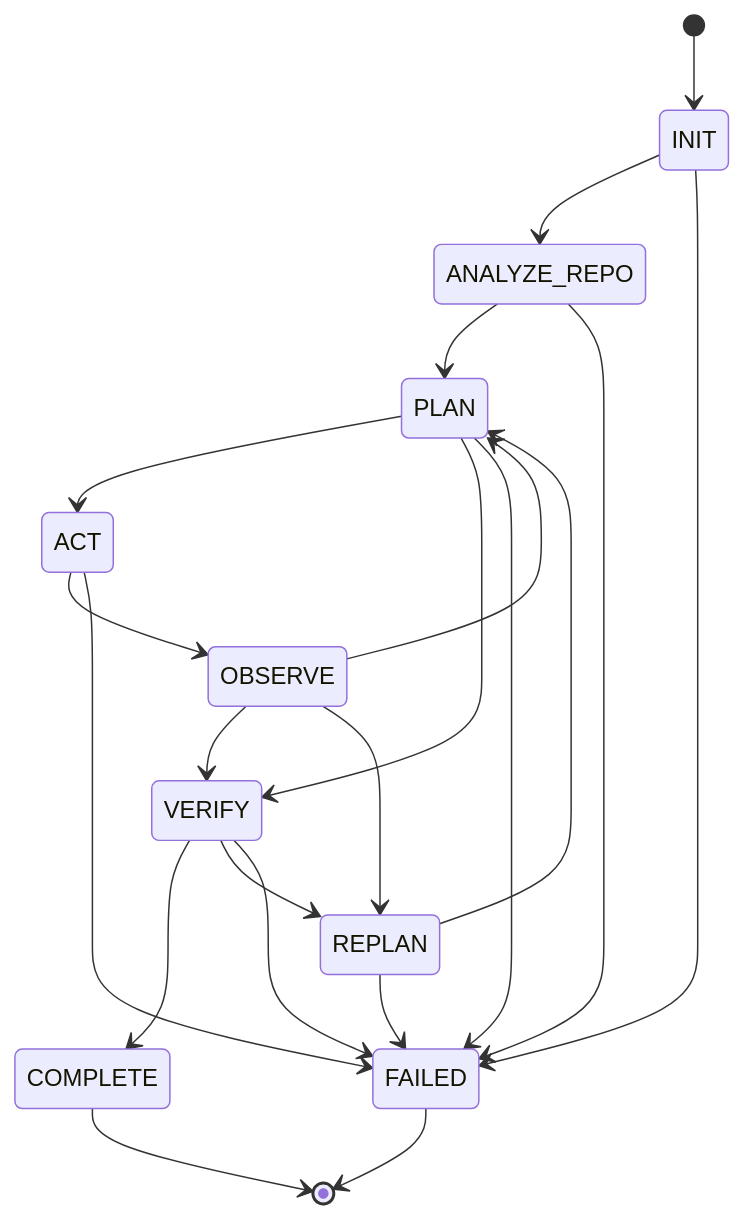
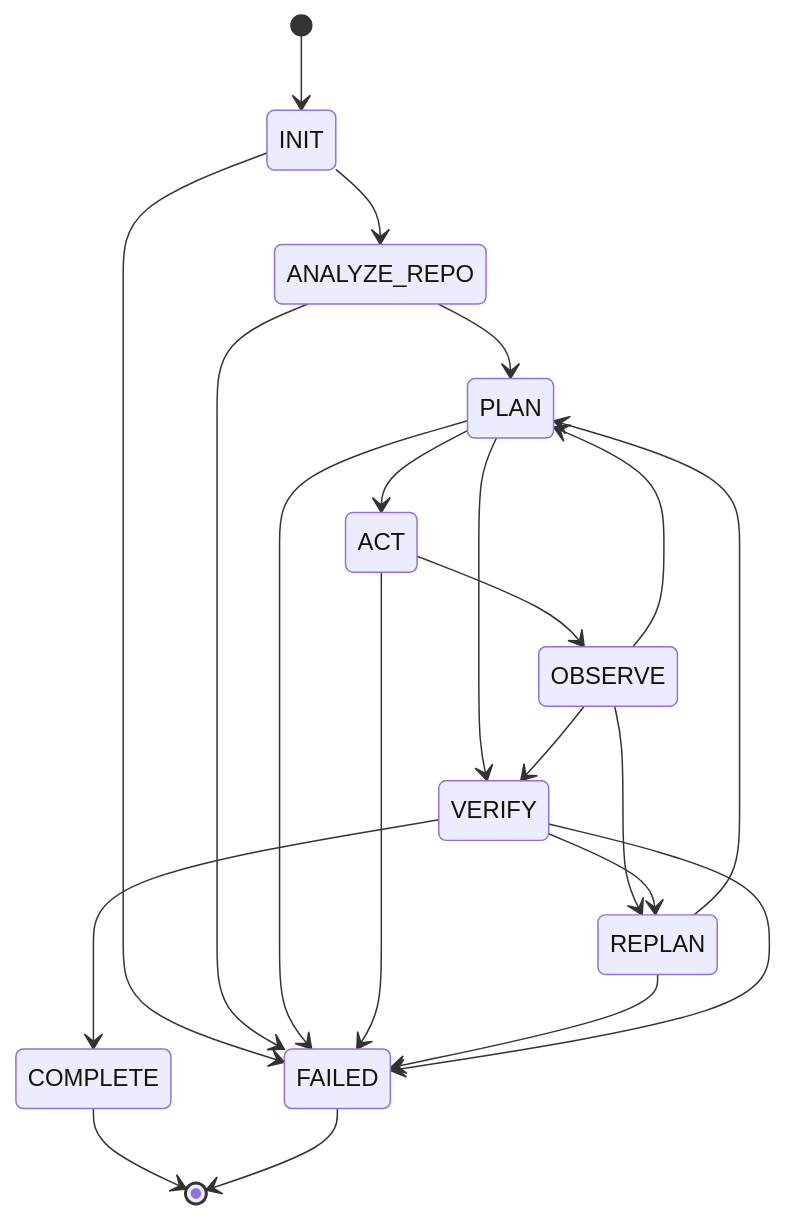
The first of 3 diagrams in README.md (vaibhav3000/repo-engineer), drawn with Mermaid before and after one commit. The commit also changed other lines of this file and 2 other files, not shown here.

````diff
--- a/README.md
+++ b/README.md
@@ -151,23 +59,23 @@
 ```mermaid
 stateDiagram-v2
     [*] --> INIT
     INIT --> ANALYZE_REPO
+    INIT --> FAILED
     ANALYZE_REPO --> PLAN
+    ANALYZE_REPO --> FAILED
     PLAN --> ACT
     PLAN --> VERIFY
+    PLAN --> FAILED
     ACT --> OBSERVE
+    ACT --> FAILED
     OBSERVE --> PLAN
+    OBSERVE --> REPLAN
     OBSERVE --> VERIFY
-    OBSERVE --> REPLAN
     REPLAN --> PLAN
     REPLAN --> FAILED
+    VERIFY --> REPLAN
     VERIFY --> COMPLETE
-    VERIFY --> REPLAN
     VERIFY --> FAILED
-    PLAN --> FAILED
-    INIT --> FAILED
-    ANALYZE_REPO --> FAILED
-    ACT --> FAILED
     COMPLETE --> [*]
     FAILED --> [*]
 ```
````
